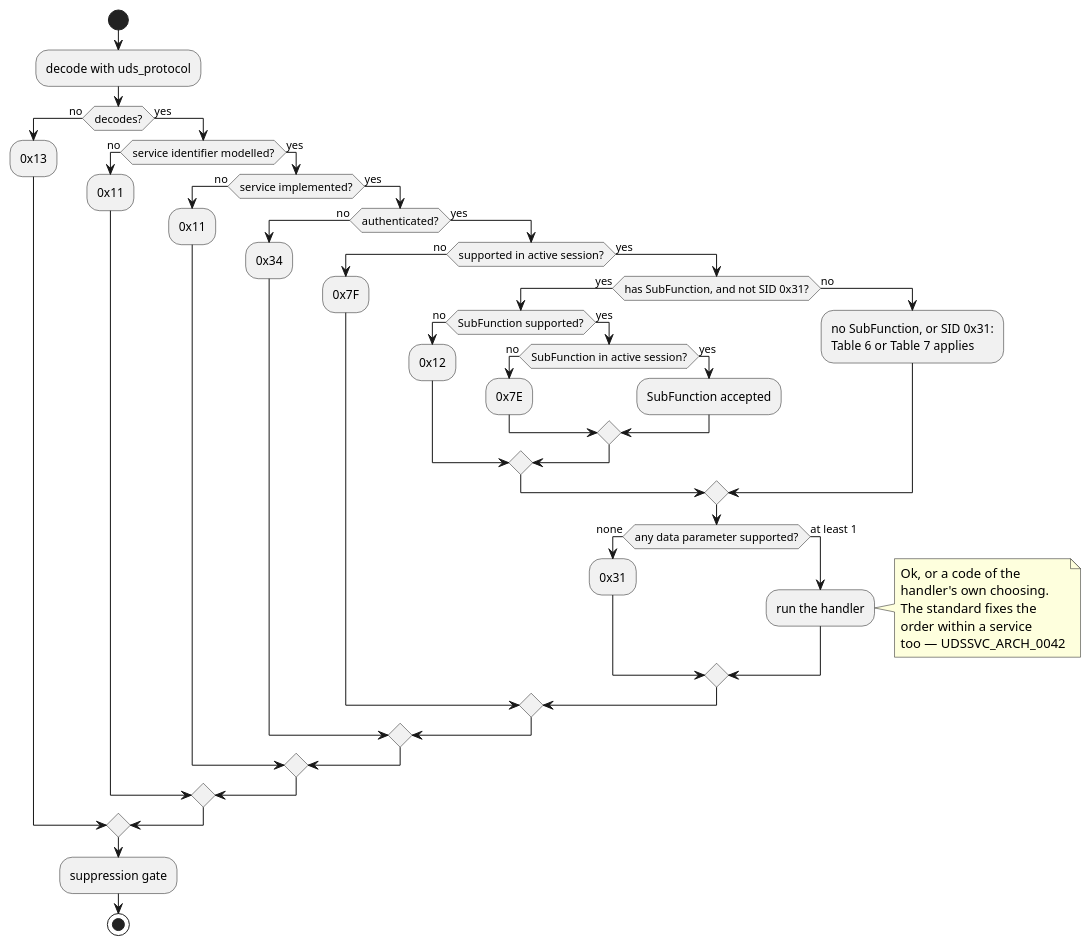
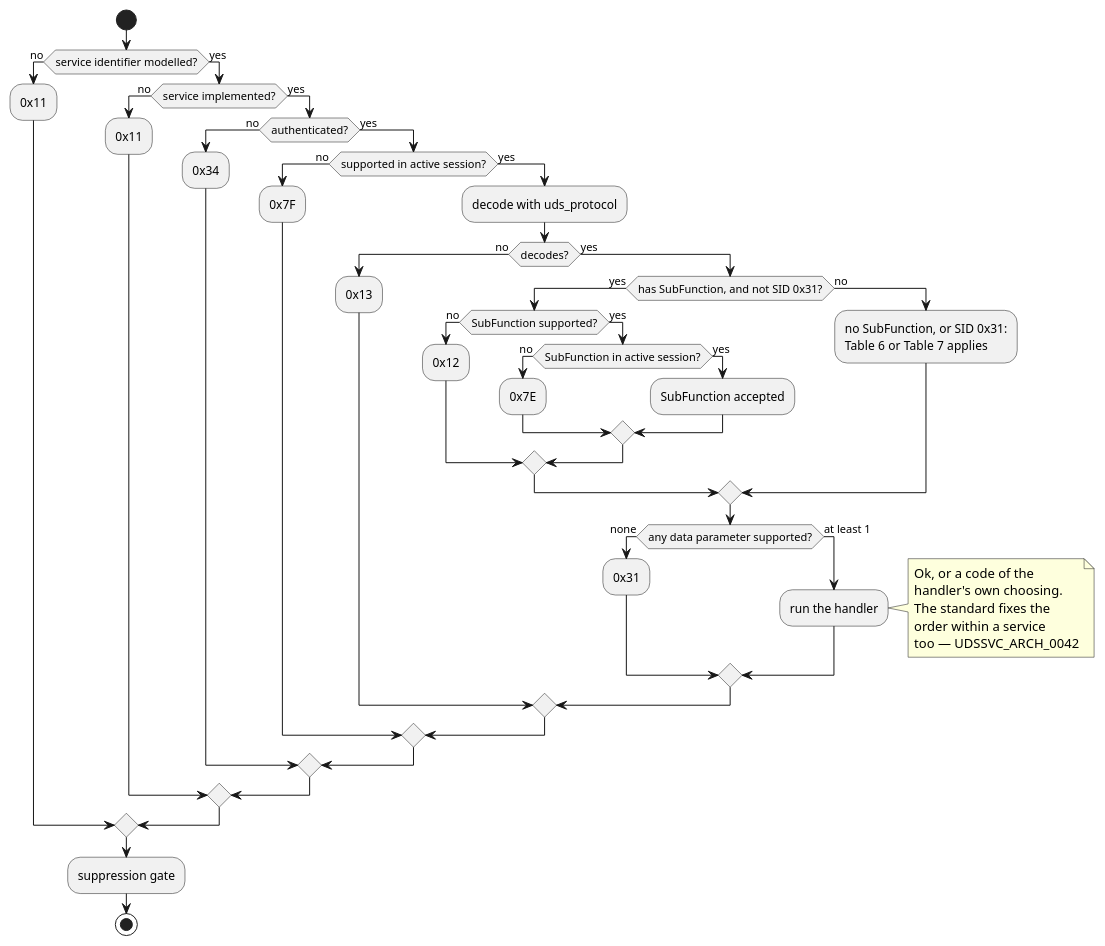
One commit to luminartech/uds_stack changed the second of 3 diagrams in docs/architecture/dispatch.rst. Above: the diagram before and after it, drawn with PlantUML. The commit also changed other lines of this file and 1 other file, not shown here.

First line of the commit message:
docs(architecture): ARCH_0005/0006/0007 follow Figure 5's order

```diff
--- a/docs/architecture/dispatch.rst
+++ b/docs/architecture/dispatch.rst
@@ -72,57 +72,57 @@
 .. uml::
    :align: center
    :caption: The mandatory path. Optional and manufacturer-specific checks
              (``UDSSVC_ARCH_0011``) are omitted; each attaches at a stated position.
 
    @startuml
    start
-   :decode with uds_protocol;
-   if (decodes?) then (no)
-     :0x13; <<negative>>
+   if (service identifier modelled?) then (no)
+     :0x11; <<negative>>
    else (yes)
-     if (service identifier modelled?) then (no)
+     if (service implemented?) then (no)
        :0x11; <<negative>>
      else (yes)
-       if (service implemented?) then (no)
-         :0x11; <<negative>>
+       if (authenticated?) then (no)
+         :0x34; <<negative>>
        else (yes)
-         if (authenticated?) then (no)
-           :0x34; <<negative>>
+         if (supported in active session?) then (no)
+           :0x7F; <<negative>>
          else (yes)
-           if (supported in active session?) then (no)
-             :0x7F; <<negative>>
+           :decode with uds_protocol;
+           if (decodes?) then (no)
+             :0x13; <<negative>>
            else (yes)
              if (has SubFunction, and not SID 0x31?) then (yes)
                if (SubFunction supported?) then (no)
                  :0x12; <<negative>>
                else (yes)
                  if (SubFunction in active session?) then (no)
                    :0x7E; <<negative>>
                  else (yes)
                    :SubFunction accepted;
                  endif
                endif
              else (no)
                :no SubFunction, or SID 0x31:
                Table 6 or Table 7 applies;
              endif
              if (any data parameter supported?) then (none)
                :0x31; <<negative>>
              else (at least 1)
                :run the handler;
                note right
                  Ok, or a code of the
                  handler's own choosing.
                  The standard fixes the
                  order within a service
                  too — UDSSVC_ARCH_0042
                end note
              endif
            endif
          endif
        endif
      endif
    endif
    :suppression gate;
    stop
    @enduml
```
